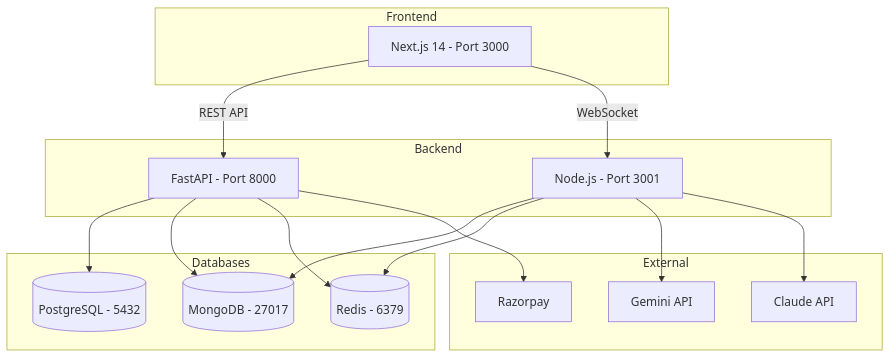
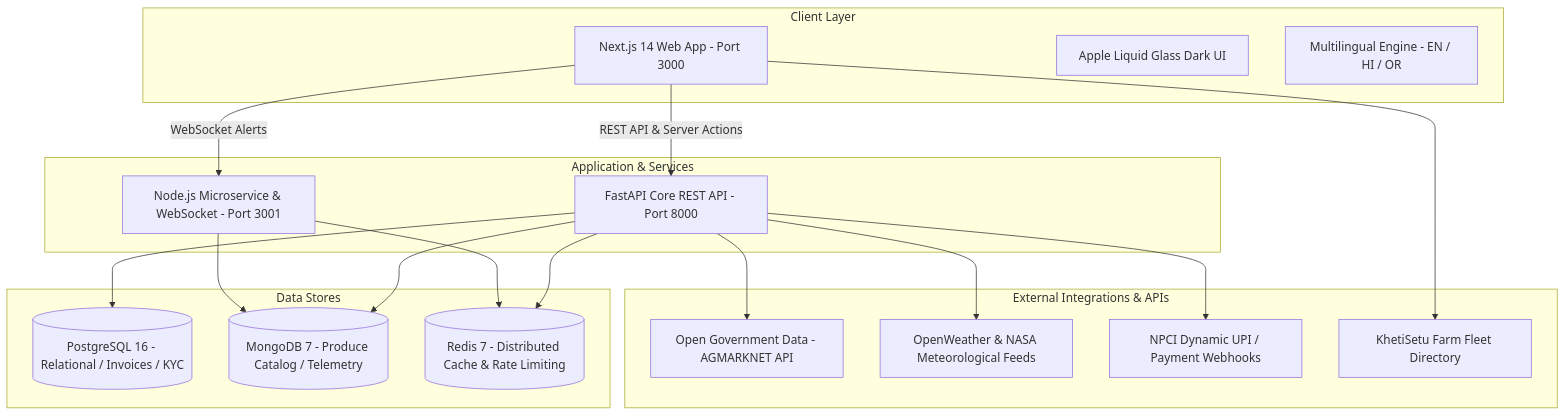
Before and after one commit to the-brat-kid/KrishiConnect: the diagram in README.md, drawn with Mermaid. The commit also changed other lines of this file and 2 other files, not shown here.

Commit message:
docs: update README with comprehensive KrishiConnect architecture and sanitize database credentials

````diff
--- a/README.md
+++ b/README.md
@@ -31,31 +27,38 @@
 ```mermaid
 graph TB
-    subgraph Frontend
-        A[Next.js 14 - Port 3000]
-    end
-    subgraph Backend
-        B[FastAPI - Port 8000]
-        C[Node.js - Port 3001]
-    end
-    subgraph Databases
-        D[(PostgreSQL - 5432)]
-        E[(MongoDB - 27017)]
-        F[(Redis - 6379)]
-    end
-    subgraph External
-        G[Razorpay]
-        H[Gemini API]
-        I[Claude API]
+    subgraph Client Layer
+        A[Next.js 14 Web App - Port 3000]
+        A1[Apple Liquid Glass Dark UI]
+        A2[Multilingual Engine - EN / HI / OR]
     end
 
-    A -->|REST API| B
-    A -->|WebSocket| C
+    subgraph Application & Services
+        B[FastAPI Core REST API - Port 8000]
+        C[Node.js Microservice & WebSocket - Port 3001]
+    end
+
+    subgraph Data Stores
+        D[(PostgreSQL 16 - Relational / Invoices / KYC)]
+        E[(MongoDB 7 - Produce Catalog / Telemetry)]
+        F[(Redis 7 - Distributed Cache & Rate Limiting)]
+    end
+
+    subgraph External Integrations & APIs
+        G[Open Government Data - AGMARKNET API]
+        H[OpenWeather & NASA Meteorological Feeds]
+        I[NPCI Dynamic UPI / Payment Webhooks]
+        J[KhetiSetu Farm Fleet Directory]
+    end
+
+    A -->|REST API & Server Actions| B
+    A -->|WebSocket Alerts| C
     B --> D
     B --> E
     B --> F
     C --> E
     C --> F
     B --> G
-    C --> H
-    C --> I
+    B --> H
+    B --> I
+    A --> J
 ```
````
